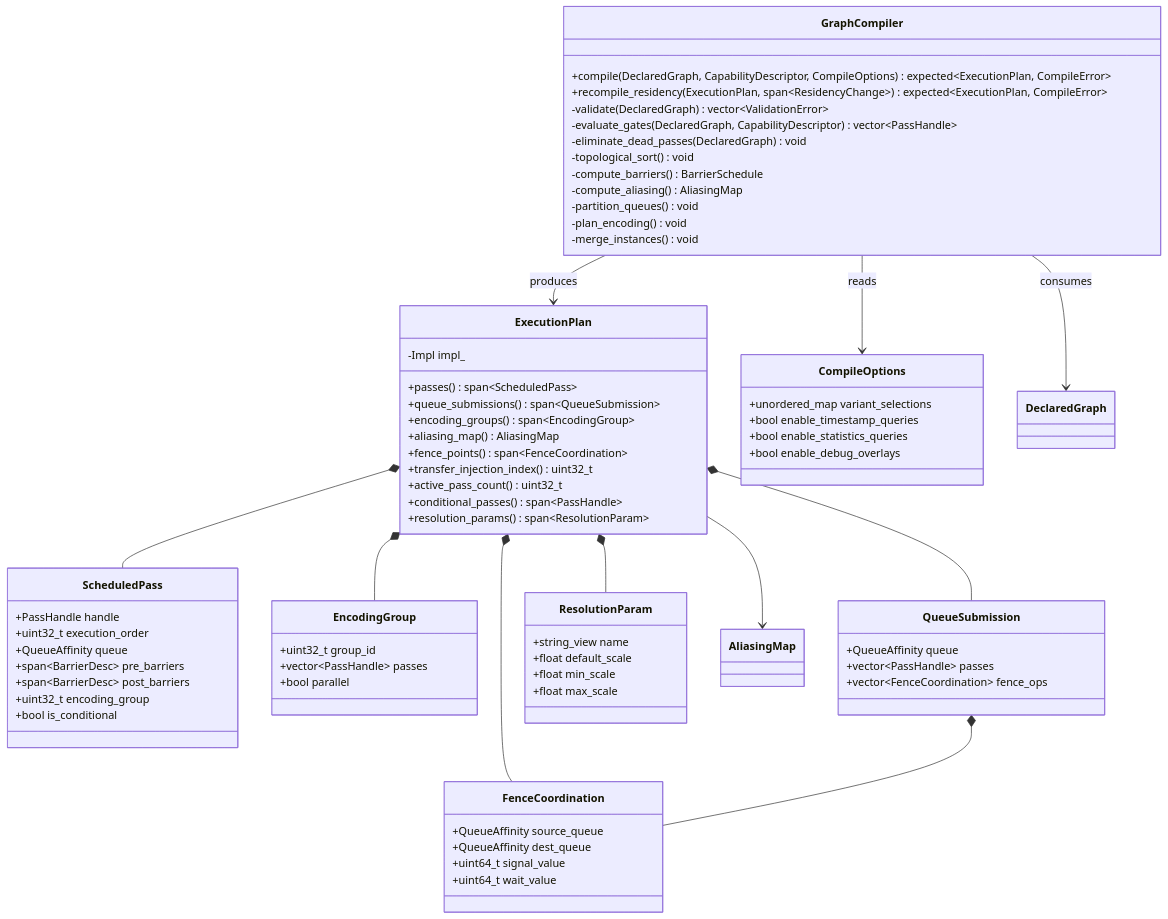
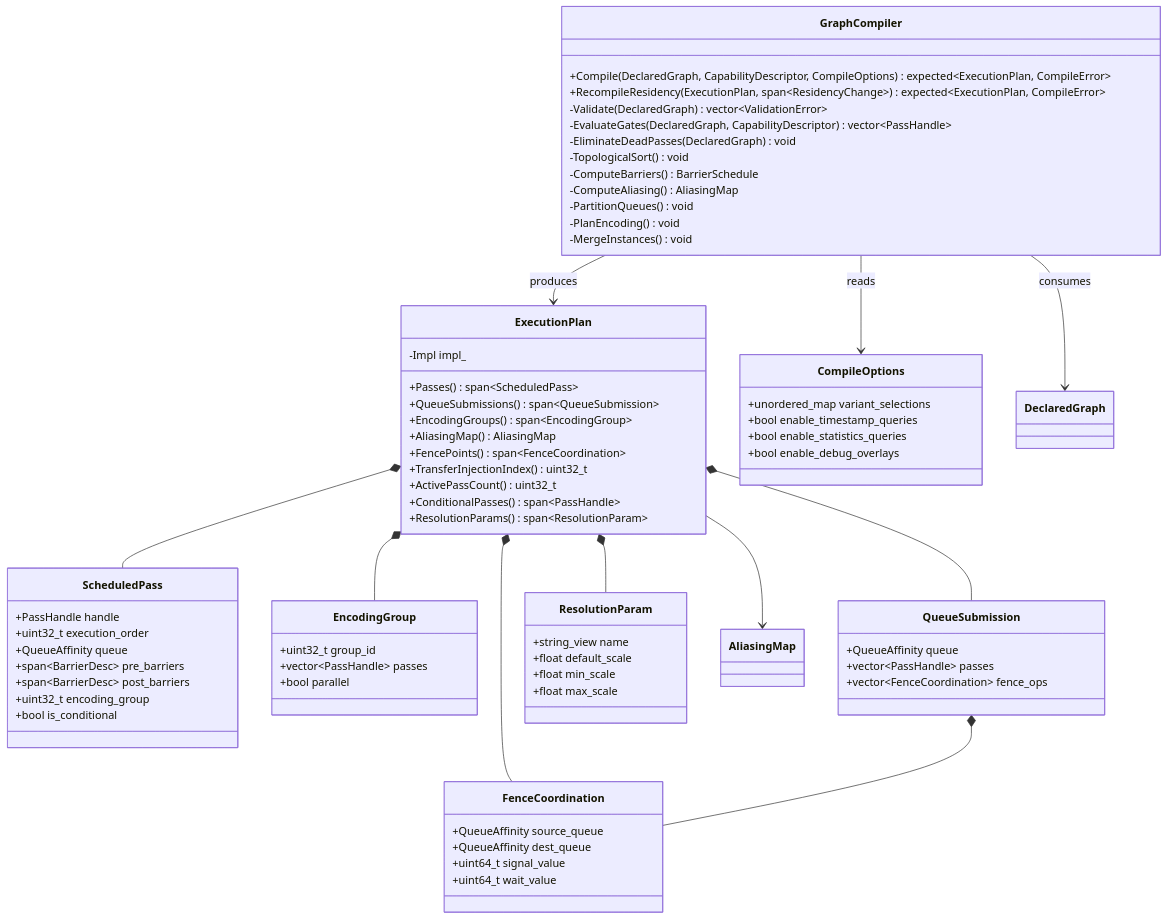
One commit to harmonius-dev/harmonius changed the third of 15 diagrams in docs/design/render-graph-classes.md. Above: the diagram before and after it, drawn with Mermaid. The commit also changed other lines of this file and 67 other files, not shown here.

````diff
--- a/docs/design/render-graph-classes.md
+++ b/docs/design/render-graph-classes.md
@@ -344,76 +344,76 @@
 ```mermaid
 classDiagram
     class GraphCompiler {
-        +compile(DeclaredGraph, CapabilityDescriptor, CompileOptions) expected~ExecutionPlan, CompileError~
-        +recompile_residency(ExecutionPlan, span~ResidencyChange~) expected~ExecutionPlan, CompileError~
-        -validate(DeclaredGraph) vector~ValidationError~
-        -evaluate_gates(DeclaredGraph, CapabilityDescriptor) vector~PassHandle~
-        -eliminate_dead_passes(DeclaredGraph) void
-        -topological_sort() void
-        -compute_barriers() BarrierSchedule
-        -compute_aliasing() AliasingMap
-        -partition_queues() void
-        -plan_encoding() void
-        -merge_instances() void
+        +Compile(DeclaredGraph, CapabilityDescriptor, CompileOptions) expected~ExecutionPlan, CompileError~
+        +RecompileResidency(ExecutionPlan, span~ResidencyChange~) expected~ExecutionPlan, CompileError~
+        -Validate(DeclaredGraph) vector~ValidationError~
+        -EvaluateGates(DeclaredGraph, CapabilityDescriptor) vector~PassHandle~
+        -EliminateDeadPasses(DeclaredGraph) void
+        -TopologicalSort() void
+        -ComputeBarriers() BarrierSchedule
+        -ComputeAliasing() AliasingMap
+        -PartitionQueues() void
+        -PlanEncoding() void
+        -MergeInstances() void
     }
     class ExecutionPlan {
-        +passes() span~ScheduledPass~
-        +queue_submissions() span~QueueSubmission~
-        +encoding_groups() span~EncodingGroup~
-        +aliasing_map() AliasingMap
-        +fence_points() span~FenceCoordination~
-        +transfer_injection_index() uint32_t
-        +active_pass_count() uint32_t
-        +conditional_passes() span~PassHandle~
-        +resolution_params() span~ResolutionParam~
+        +Passes() span~ScheduledPass~
+        +QueueSubmissions() span~QueueSubmission~
+        +EncodingGroups() span~EncodingGroup~
+        +AliasingMap() AliasingMap
+        +FencePoints() span~FenceCoordination~
+        +TransferInjectionIndex() uint32_t
+        +ActivePassCount() uint32_t
+        +ConditionalPasses() span~PassHandle~
+        +ResolutionParams() span~ResolutionParam~
         -Impl impl_
     }
     class ScheduledPass {
         +PassHandle handle
         +uint32_t execution_order
         +QueueAffinity queue
         +span~BarrierDesc~ pre_barriers
         +span~BarrierDesc~ post_barriers
         +uint32_t encoding_group
         +bool is_conditional
     }
     class EncodingGroup {
         +uint32_t group_id
         +vector~PassHandle~ passes
         +bool parallel
     }
     class QueueSubmission {
         +QueueAffinity queue
         +vector~PassHandle~ passes
         +vector~FenceCoordination~ fence_ops
     }
     class CompileOptions {
         +unordered_map variant_selections
         +bool enable_timestamp_queries
         +bool enable_statistics_queries
         +bool enable_debug_overlays
     }
     class FenceCoordination {
         +QueueAffinity source_queue
         +QueueAffinity dest_queue
         +uint64_t signal_value
         +uint64_t wait_value
     }
     class ResolutionParam {
         +string_view name
         +float default_scale
         +float min_scale
         +float max_scale
     }
 
     GraphCompiler --> ExecutionPlan : produces
     GraphCompiler --> DeclaredGraph : consumes
     GraphCompiler --> CompileOptions : reads
     ExecutionPlan *-- ScheduledPass
     ExecutionPlan *-- EncodingGroup
     ExecutionPlan *-- QueueSubmission
     ExecutionPlan *-- FenceCoordination
     ExecutionPlan *-- ResolutionParam
     ExecutionPlan --> AliasingMap
     QueueSubmission *-- FenceCoordination
 ```
````
